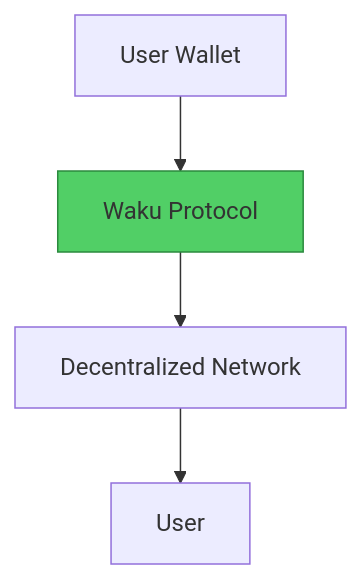
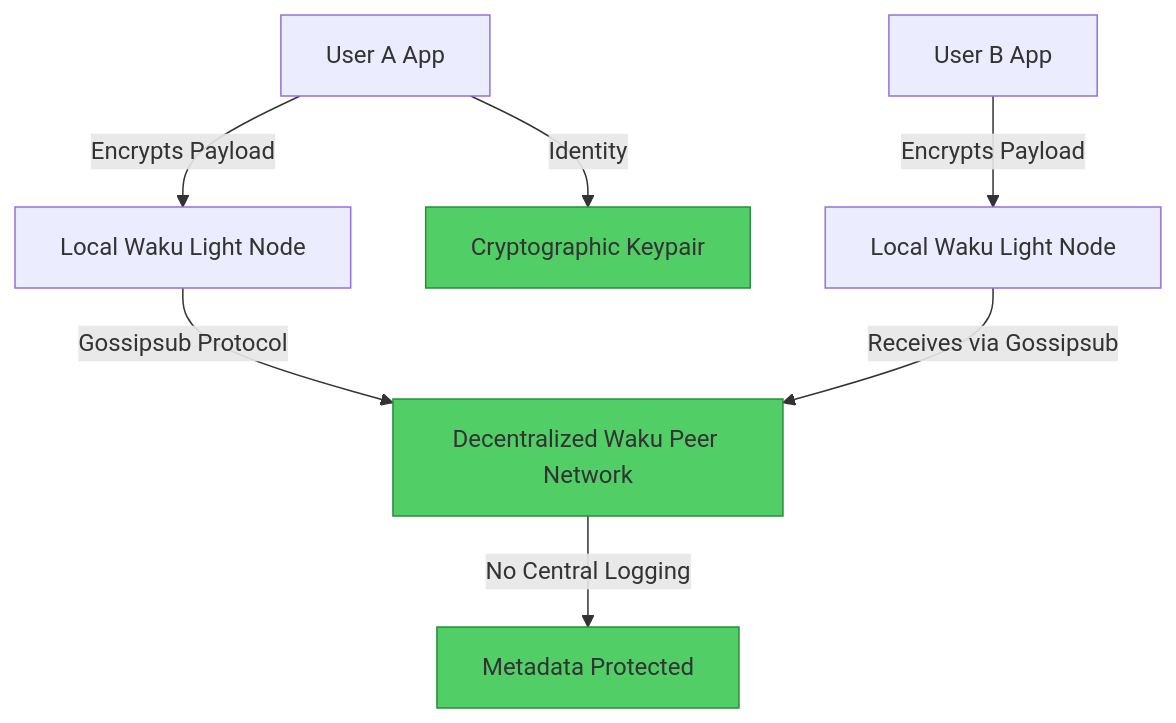
One commit to Elvatar2/Web2-To-Web3-Migration-Guide changed the second of 2 diagrams in 10-messaging/02-telegram-to-waku.md. Above: the diagram before and after it, drawn with Mermaid. The commit also changed other lines of this file, not shown here.

````diff
--- a/10-messaging/02-telegram-to-waku.md
+++ b/10-messaging/02-telegram-to-waku.md
@@ -63,8 +78,13 @@
 ```mermaid
 graph TB
-    A[User Wallet] --> B[Waku Protocol]
-    B --> C[Decentralized Network]
-    C --> D[User]
-
-    style B fill:#51cf66,stroke:#2b8a3e
+    A[User A App] -->|Encrypts Payload| B[Local Waku Light Node]
+    C[User B App] -->|Encrypts Payload| D[Local Waku Light Node]
+    B -->|Gossipsub Protocol| E[Decentralized Waku Peer Network]
+    D -->|Receives via Gossipsub| E
+    E -->|No Central Logging| F[Metadata Protected]
+    A -->|Identity| G[Cryptographic Keypair]
+    
+    style E fill:#51cf66,stroke:#2b8a3e
+    style F fill:#51cf66,stroke:#2b8a3e
+    style G fill:#51cf66,stroke:#2b8a3e
 ```
````
